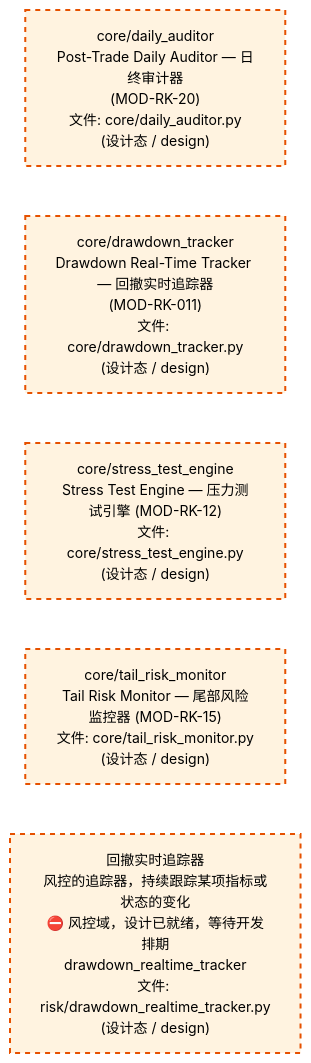
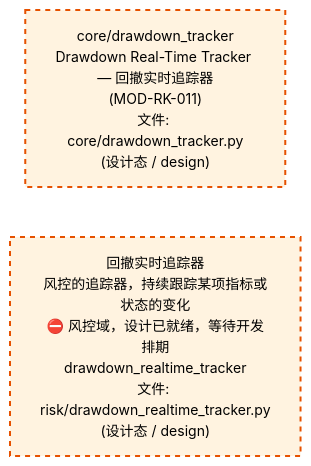
The third of 4 diagrams in docs/02_enterprise_architecture/02_domain_architecture_docs/65_d_risk.md (xuanFelixVan/ZephyrAlpha), drawn with Mermaid before and after one commit. The commit also changed other lines of this file and 43 other files, not shown here.

````diff
--- a/docs/02_enterprise_architecture/02_domain_architecture_docs/65_d_risk.md
+++ b/docs/02_enterprise_architecture/02_domain_architecture_docs/65_d_risk.md
@@ -223,18 +235,12 @@
 ```mermaid
 %%{init: {'theme': 'base', 'themeVariables': {'primaryColor': '#eaeaea', 'primaryTextColor': '#333333', 'primaryBorderColor': '#666666', 'lineColor': '#666666', 'secondaryColor': '#eaeaea', 'tertiaryColor': '#eaeaea', 'fontSize': '14px'}}}%%
 flowchart TD
-    src_zephyr_risk_core_daily_auditor_py["core/daily_auditor<br/>Post-Trade Daily Auditor — 日终审计器<br/>(MOD-RK-20)<br/>文件: core/daily_auditor.py<br/>(设计态 / design)"]
     src_zephyr_risk_core_drawdown_tracker_py["core/drawdown_tracker<br/>Drawdown Real-Time Tracker — 回撤实时追踪器<br/>(MOD-RK-011)<br/>文件: core/drawdown_tracker.py<br/>(设计态 / design)"]
-    src_zephyr_risk_core_stress_test_engine_py["core/stress_test_engine<br/>Stress Test Engine — 压力测试引擎 (MOD-RK-12)<br/>文件: core/stress_test_engine.py<br/>(设计态 / design)"]
-    src_zephyr_risk_core_tail_risk_monitor_py["core/tail_risk_monitor<br/>Tail Risk Monitor — 尾部风险监控器 (MOD-RK-15)<br/>文件: core/tail_risk_monitor.py<br/>(设计态 / design)"]
     src_zephyr_risk_drawdown_realtime_tracker_py["回撤实时追踪器<br/>风控的追踪器，持续跟踪某项指标或状态的变化<br/>⛔ 风控域，设计已就绪，等待开发排期<br/>drawdown_realtime_tracker<br/>文件: risk/drawdown_realtime_tracker.py<br/>(设计态 / design)"]
-    src_zephyr_risk_core_daily_auditor_py ~~~ src_zephyr_risk_core_drawdown_tracker_py
-    src_zephyr_risk_core_drawdown_tracker_py ~~~ src_zephyr_risk_core_stress_test_engine_py
-    src_zephyr_risk_core_stress_test_engine_py ~~~ src_zephyr_risk_core_tail_risk_monitor_py
-    src_zephyr_risk_core_tail_risk_monitor_py ~~~ src_zephyr_risk_drawdown_realtime_tracker_py
+    src_zephyr_risk_core_drawdown_tracker_py ~~~ src_zephyr_risk_drawdown_realtime_tracker_py
     classDef production fill:#e1f5fe,stroke:#01579b,stroke-width:2px,color:#000
     classDef design fill:#fff3e0,stroke:#e65100,stroke-width:2px,color:#000,stroke-dasharray: 5 5
     classDef external_prod fill:#e8f4fd,stroke:#0277bd,stroke-width:1px,color:#000
     classDef external_design fill:#fff8e7,stroke:#ef6c00,stroke-width:1px,color:#000,stroke-dasharray: 5 5
-    class src_zephyr_risk_core_daily_auditor_py,src_zephyr_risk_core_drawdown_tracker_py,src_zephyr_risk_core_stress_test_engine_py,src_zephyr_risk_core_tail_risk_monitor_py,src_zephyr_risk_drawdown_realtime_tracker_py design
+    class src_zephyr_risk_core_drawdown_tracker_py,src_zephyr_risk_drawdown_realtime_tracker_py design
 ```
````
